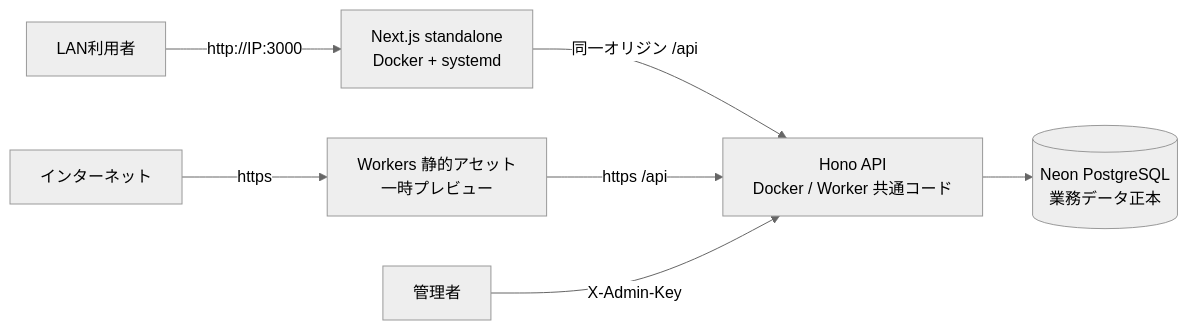
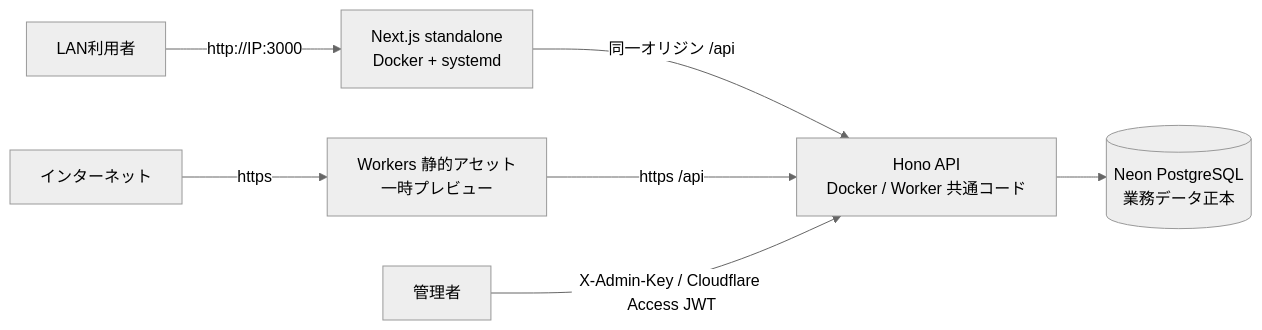
Before and after one commit to Kensan196948G/Civil-Cost-Index-Dashboard: the first of 2 diagrams in README.md, drawn with Mermaid (neutral theme). The commit also changed other lines of this file and 60 other files, not shown here.

````diff
--- a/README.md
+++ b/README.md
@@ -103,9 +142,9 @@
 ```mermaid
 flowchart LR
     U1[LAN利用者] -->|http://IP:3000| W1[Next.js standalone<br/>Docker + systemd]
     U2[インターネット] -->|https| W2[Workers 静的アセット<br/>一時プレビュー]
     W1 -->|同一オリジン /api| A[Hono API<br/>Docker / Worker 共通コード]
     W2 -->|https /api| A
     A --> DB[(Neon PostgreSQL<br/>業務データ正本)]
-    ADMIN[管理者] -->|X-Admin-Key| A
+    ADMIN[管理者] -->|X-Admin-Key / Cloudflare Access JWT| A
 ```
````
